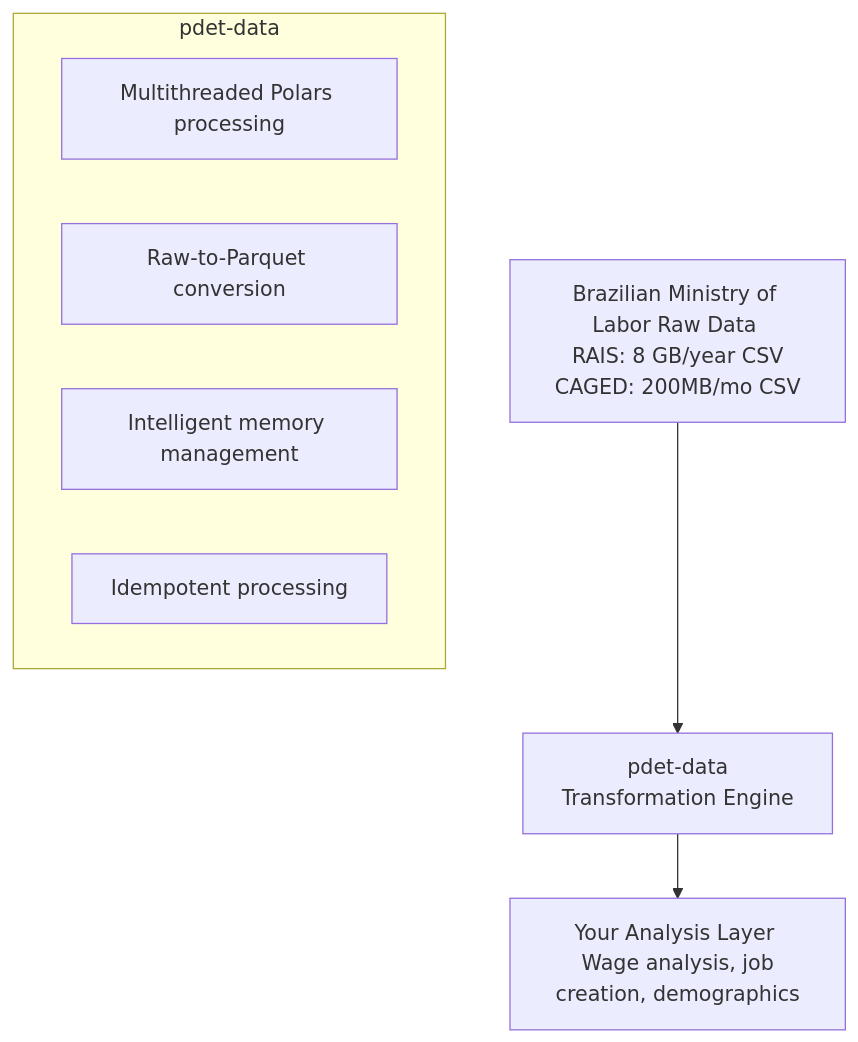
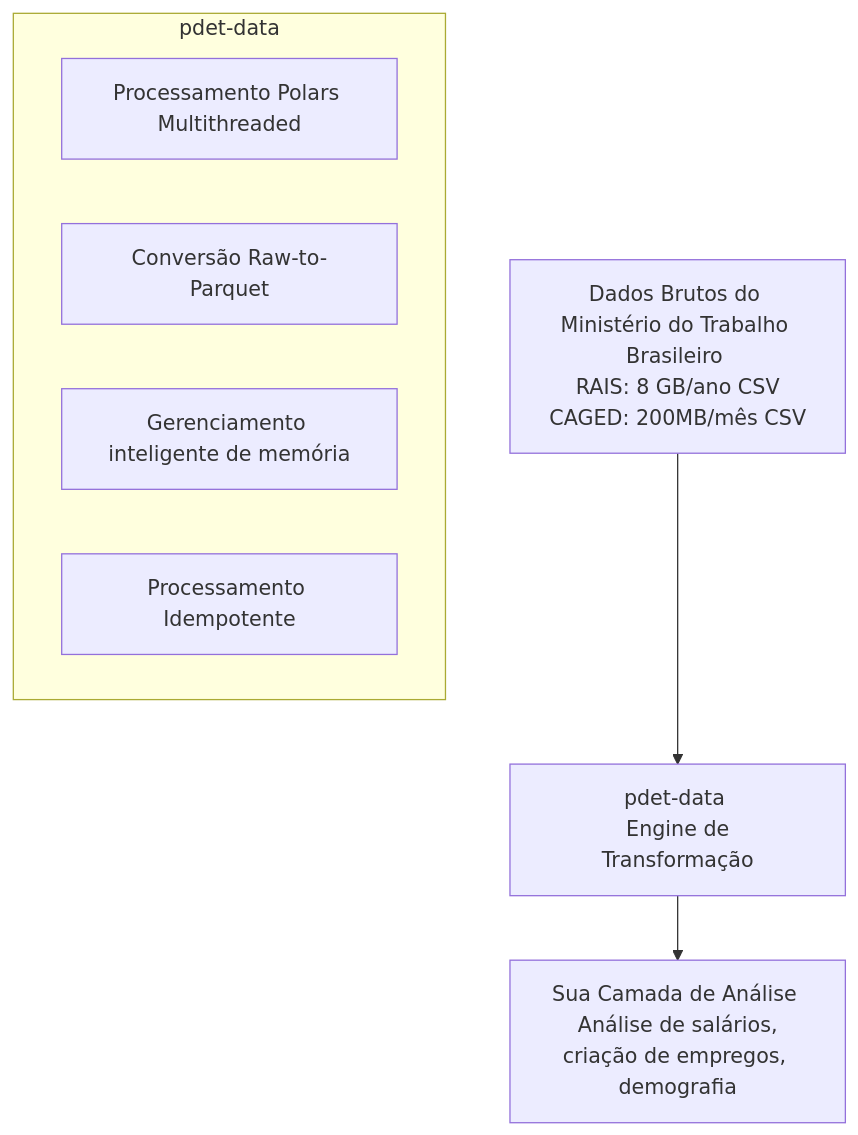
Before and after one commit to Quantilica/docs: the diagram in docs/trabalho/index.md, drawn with Mermaid. The commit also changed other lines of this file and 31 other files, not shown here.

````diff
--- a/docs/trabalho/index.md
+++ b/docs/trabalho/index.md
@@ -39,13 +39,13 @@
 ```mermaid
 graph TD
-    A[Brazilian Ministry of Labor Raw Data <br/> RAIS: 8 GB/year CSV CAGED: 200MB/mo CSV] --> B[pdet-data <br/> Transformation Engine]
+    A[Dados Brutos do Ministério do Trabalho Brasileiro <br/> RAIS: 8 GB/ano CSV CAGED: 200MB/mês CSV] --> B[pdet-data <br/> Engine de Transformação]
     
     subgraph pdet-data
-        B1[Multithreaded Polars processing]
-        B2[Raw-to-Parquet conversion]
-        B3[Intelligent memory management]
-        B4[Idempotent processing]
+        B1[Processamento Polars Multithreaded]
+        B2[Conversão Raw-to-Parquet]
+        B3[Gerenciamento inteligente de memória]
+        B4[Processamento Idempotente]
     end
     
-    B --> C[Your Analysis Layer <br/> Wage analysis, job creation, demographics]
+    B --> C[Sua Camada de Análise <br/> Análise de salários, criação de empregos, demografia]
 ```
````
